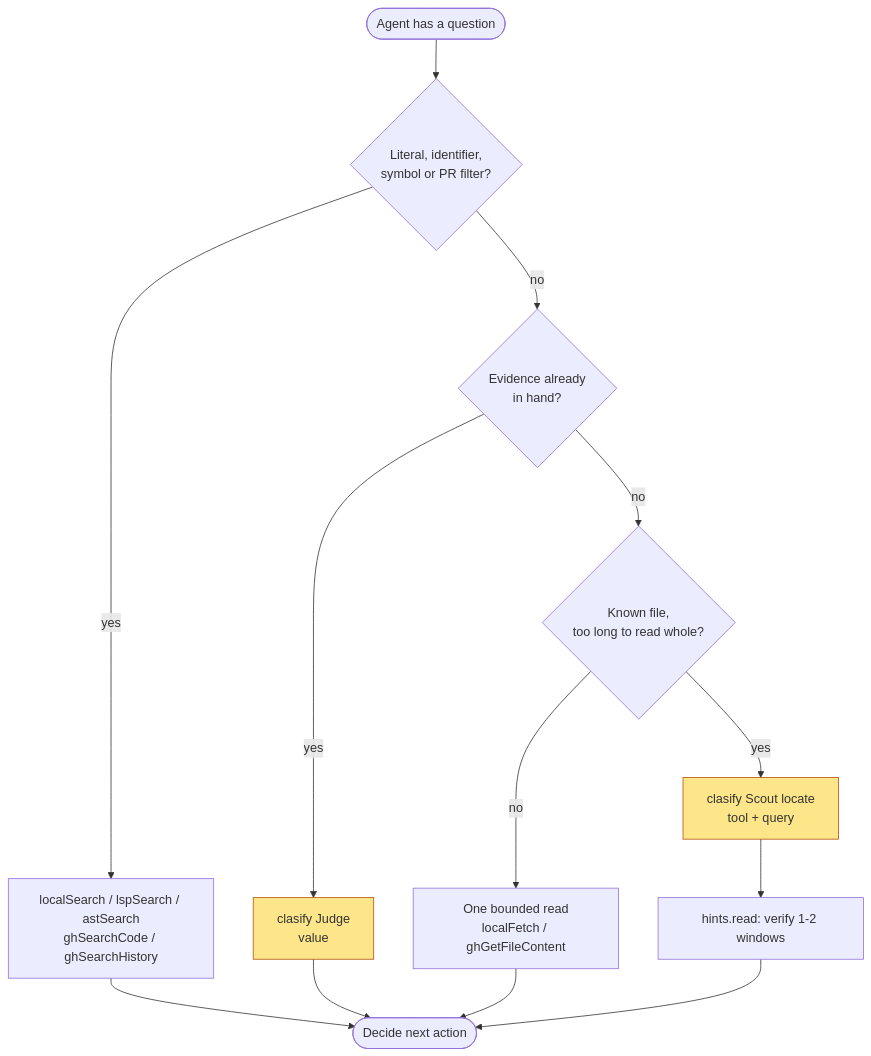
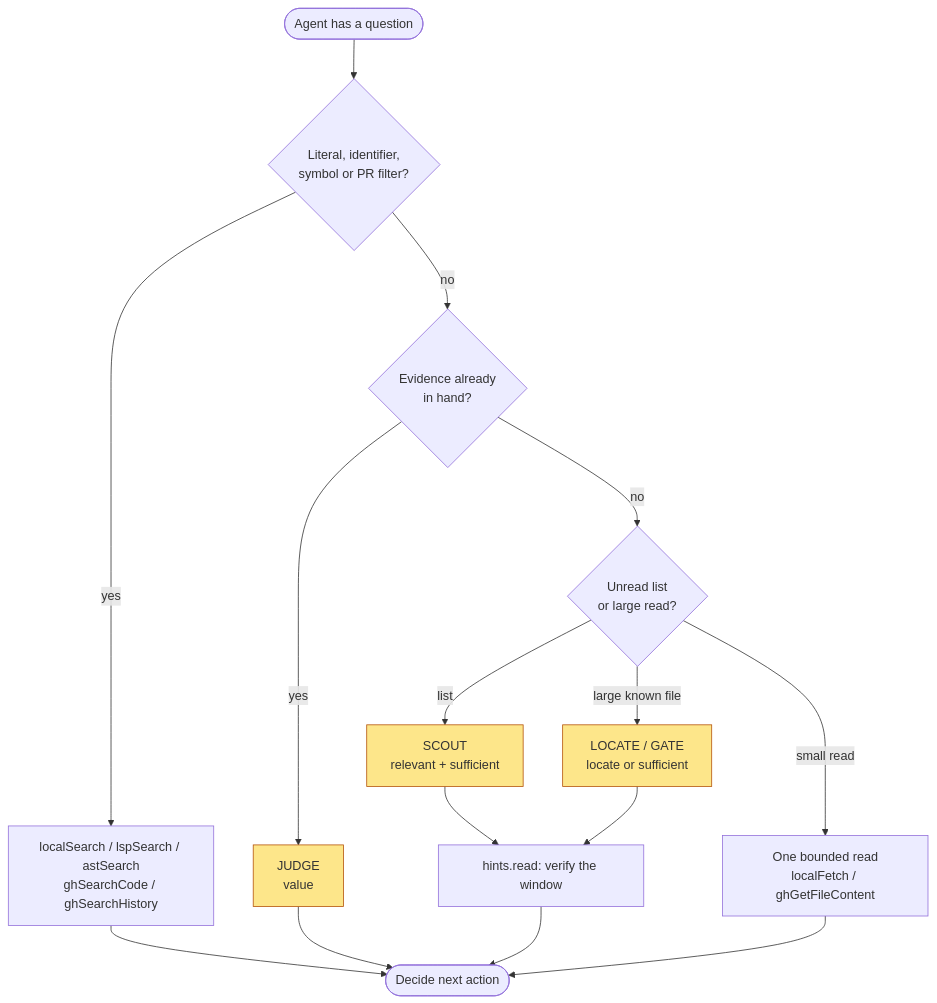
Before and after one commit to bgauryy/octocode: the first of 3 diagrams in docs/OCTOCODE_CLASIFY.md, drawn with Mermaid. The commit also changed other lines of this file and 3213 other files, not shown here.

````diff
--- a/docs/OCTOCODE_CLASIFY.md
+++ b/docs/OCTOCODE_CLASIFY.md
@@ -51,17 +18,19 @@
 ```mermaid
 flowchart TD
     Q([Agent has a question]) --> L{Literal, identifier,<br/>symbol or PR filter?}
     L -- yes --> S[localSearch / lspSearch / astSearch<br/>ghSearchCode / ghSearchHistory]
     L -- no --> H{Evidence already<br/>in hand?}
-    H -- yes --> J["clasify Judge<br/>value"]
-    H -- no --> K{Known file,<br/>too long to read whole?}
-    K -- no --> R[One bounded read<br/>localFetch / ghGetFileContent]
-    K -- yes --> SC["clasify Scout locate<br/>tool + query"]
-    SC --> V[hints.read: verify 1-2 windows]
+    H -- yes --> J["JUDGE<br/>value"]
+    H -- no --> K{Unread list<br/>or large read?}
+    K -- "list" --> SC["SCOUT<br/>relevant + sufficient"]
+    K -- "large known file" --> LO["LOCATE / GATE<br/>locate or sufficient"]
+    K -- "small read" --> R[One bounded read<br/>localFetch / ghGetFileContent]
+    SC --> V[hints.read: verify the window]
+    LO --> V
     J --> D([Decide next action])
     V --> D
     S --> D
     R --> D
     classDef semantic fill:#fde68a,stroke:#b45309;
-    class J,SC semantic
+    class J,SC,LO semantic
 ```
````
